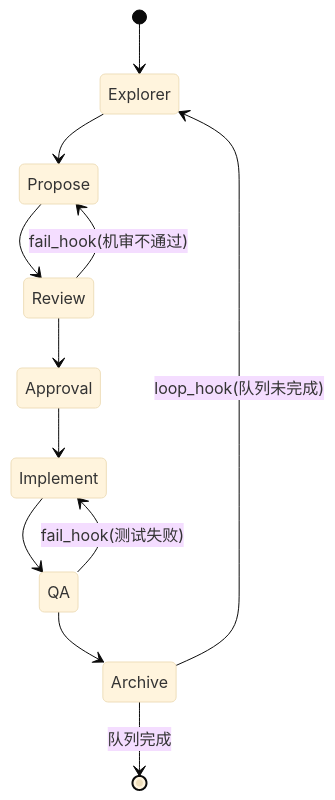
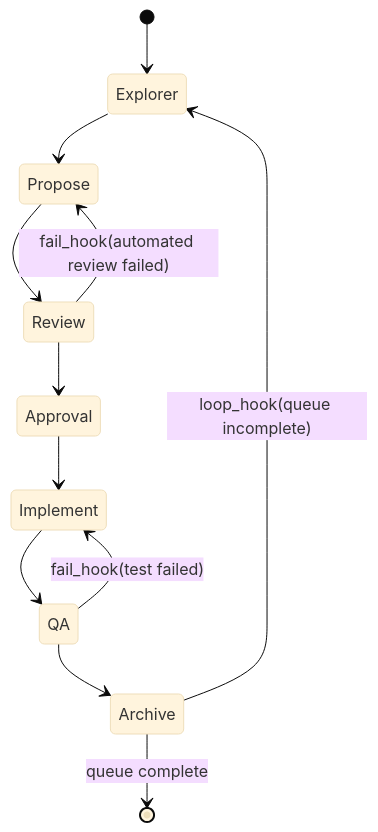
One commit to listener-He/java-harness-agent changed the fourth of 5 diagrams in ENGINEERING_MANUAL.md. Above: the diagram before and after it, drawn with Mermaid (base theme). The commit also changed other lines of this file and 2 other files, not shown here.

````diff
--- a/ENGINEERING_MANUAL.md
+++ b/ENGINEERING_MANUAL.md
@@ -288,15 +314,15 @@
 ```mermaid
 stateDiagram-v2
   [*] --> Explorer
   Explorer --> Propose
   Propose --> Review
   Review --> Approval
   Approval --> Implement
   Implement --> QA
   QA --> Archive
-  Archive --> Explorer : loop_hook(队列未完成)
-  Archive --> [*] : 队列完成
+  Archive --> Explorer : loop_hook(queue incomplete)
+  Archive --> [*] : queue complete
 
-  Review --> Propose : fail_hook(机审不通过)
-  QA --> Implement : fail_hook(测试失败)
+  Review --> Propose : fail_hook(automated review failed)
+  QA --> Implement : fail_hook(test failed)
 ```
````
